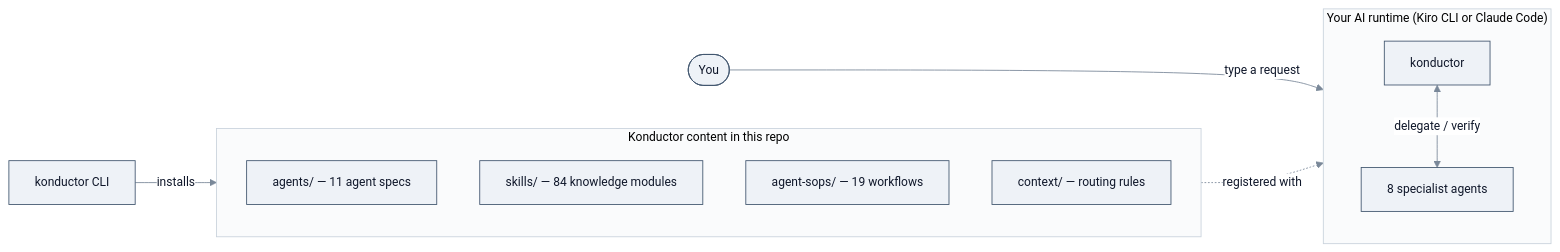
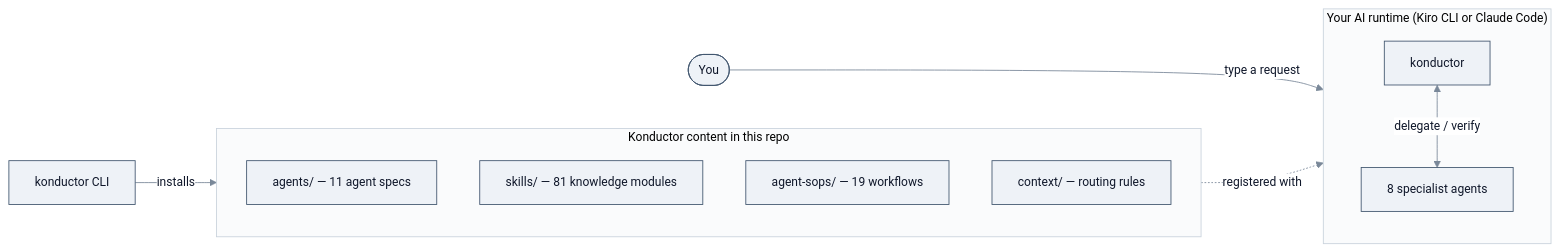
One commit to aws-solutions/konductor changed the diagram in docs/user-guide/README.md. Above: the diagram before and after it, drawn with Mermaid. The commit also changed other lines of this file and 20 other files, not shown here.

````diff
--- a/docs/user-guide/README.md
+++ b/docs/user-guide/README.md
@@ -154,21 +154,21 @@
 ```mermaid
 %%{init:{'theme':'base','themeVariables':{'fontSize':'14px','primaryColor':'#eef2f7','primaryTextColor':'#0f172a','primaryBorderColor':'#40556e','lineColor':'#7a8899','textColor':'#0f172a','edgeLabelBackground':'#ffffff','clusterBkg':'#fafbfc','clusterBorder':'#c9d2dc'}}}%%
 flowchart LR
     You([You]) -->|type a request| Runtime
 
     subgraph Runtime["Your AI runtime (Kiro CLI or Claude Code)"]
         Orch[konductor]
         Spec[8 specialist agents]
         Orch <-->|delegate / verify| Spec
     end
 
     subgraph Content["Konductor content in this repo"]
         A["agents/ — 11 agent specs"]
-        S["skills/ — 84 knowledge modules"]
+        S["skills/ — 81 knowledge modules"]
         P["agent-sops/ — 19 workflows"]
         C["context/ — routing rules"]
     end
 
     CLI["konductor CLI"] -->|"installs"| Content
     Content -.->|"registered with"| Runtime
 ```
````
